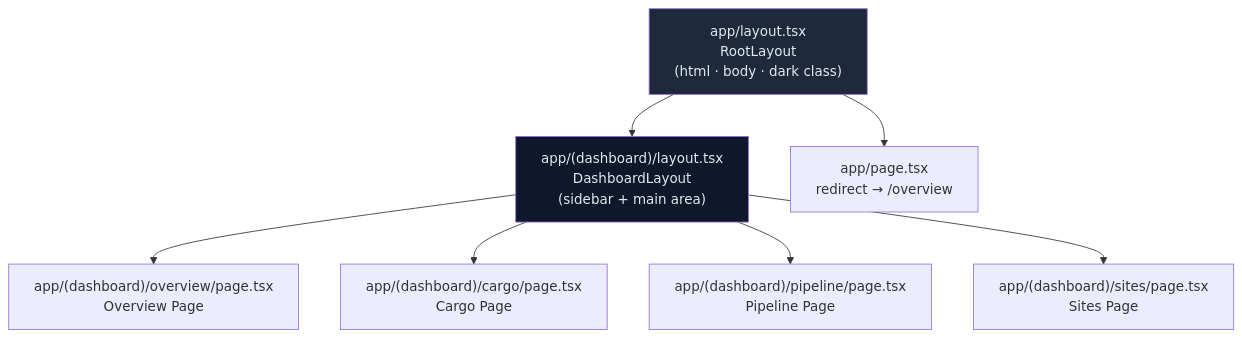
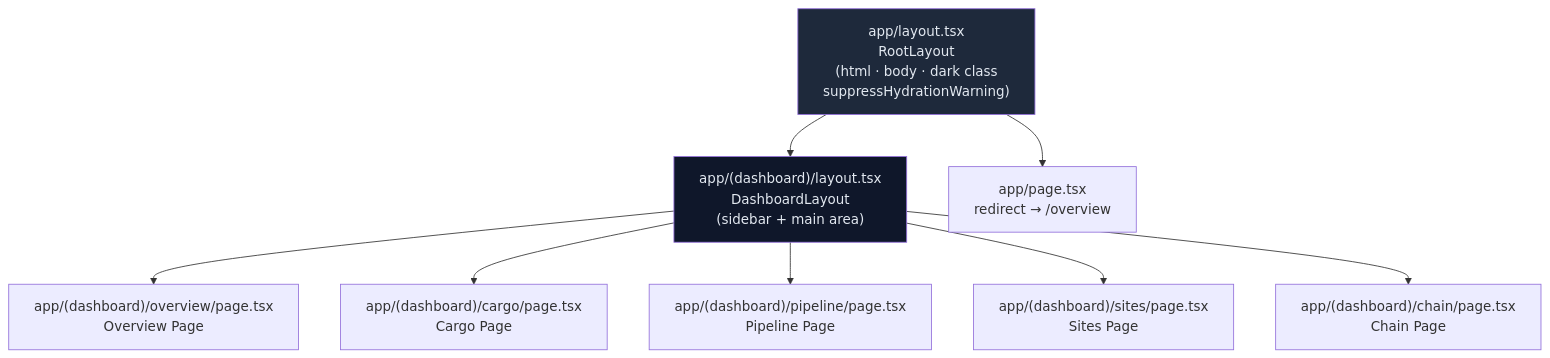
One commit to macho715/logi_hvdc_dash changed the first of 14 diagrams in apps/logistics-dashboard/docs/LAYOUT.md. Above: the diagram before and after it, drawn with Mermaid. The commit also changed other lines of this file and 80 other files, not shown here.

First line of the commit message:
feat: HVDC logistics dashboard v2.0 — cockpit rework + layout fix

````diff
--- a/apps/logistics-dashboard/docs/LAYOUT.md
+++ b/apps/logistics-dashboard/docs/LAYOUT.md
@@ -25,20 +34,22 @@
 ```mermaid
 graph TD
-    Root["app/layout.tsx<br/>RootLayout<br/>(html · body · dark class)"]
+    Root["app/layout.tsx<br/>RootLayout<br/>(html · body · dark class<br/>suppressHydrationWarning)"]
     Dashboard["app/(dashboard)/layout.tsx<br/>DashboardLayout<br/>(sidebar + main area)"]
     Overview["app/(dashboard)/overview/page.tsx<br/>Overview Page"]
     Cargo["app/(dashboard)/cargo/page.tsx<br/>Cargo Page"]
     Pipeline["app/(dashboard)/pipeline/page.tsx<br/>Pipeline Page"]
     Sites["app/(dashboard)/sites/page.tsx<br/>Sites Page"]
+    Chain["app/(dashboard)/chain/page.tsx<br/>Chain Page"]
     Home["app/page.tsx<br/>redirect → /overview"]
 
     Root --> Dashboard
     Root --> Home
     Dashboard --> Overview
     Dashboard --> Cargo
     Dashboard --> Pipeline
     Dashboard --> Sites
+    Dashboard --> Chain
 
     style Root fill:#1e293b,color:#e2e8f0
     style Dashboard fill:#0f172a,color:#e2e8f0
 ```
````
